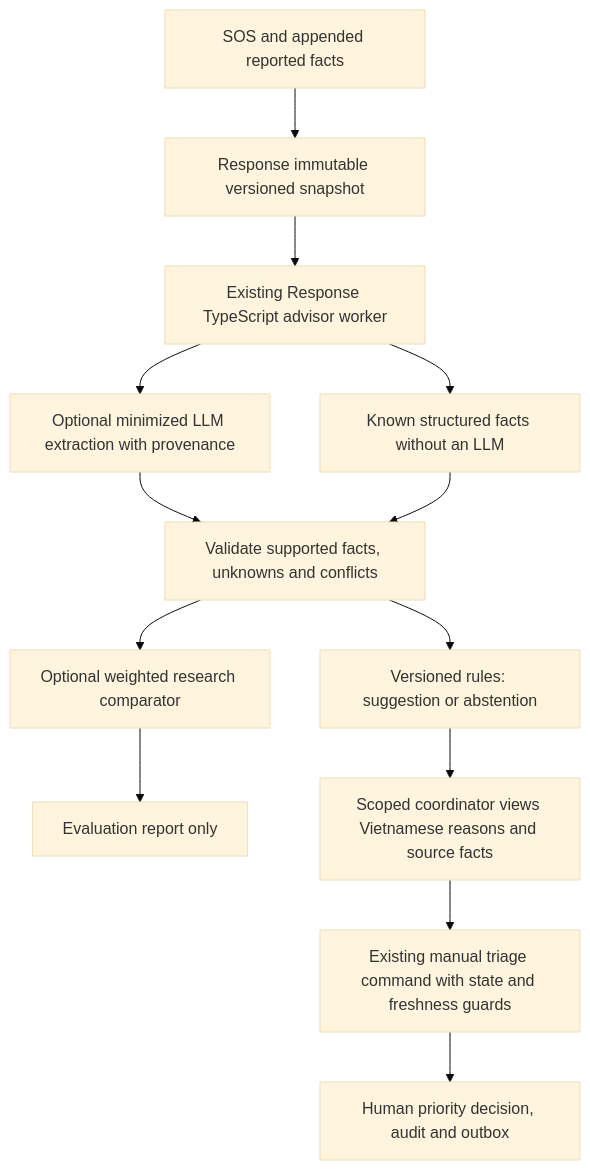
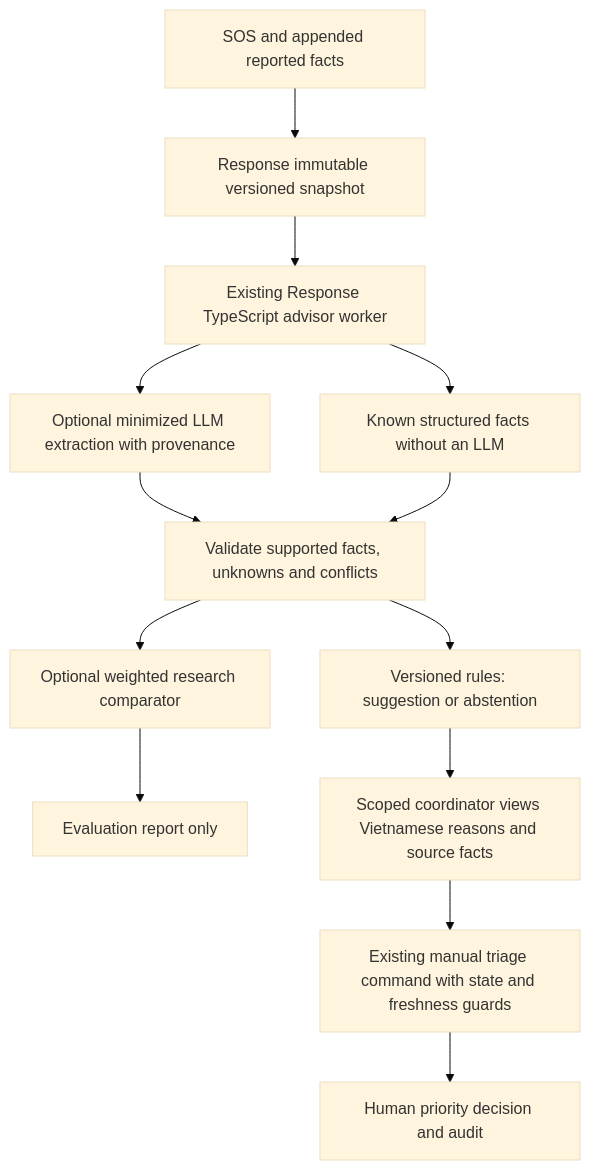
The sixth of 6 diagrams in docs/c48-technology-and-delivery-plan.md (sangvirgo/disaster-relief-management), drawn with Mermaid (base theme) before and after one commit. The commit also changed other lines of this file and 1 other file, not shown here.

````diff
--- a/docs/c48-technology-and-delivery-plan.md
+++ b/docs/c48-technology-and-delivery-plan.md
@@ -942,15 +932,15 @@
 ```mermaid
 flowchart TD
   Intake[SOS and appended reported facts] --> Snapshot[Response immutable versioned snapshot]
   Snapshot --> Worker[Existing Response TypeScript advisor worker]
   Worker --> Extract[Optional minimized LLM extraction with provenance]
   Extract --> Validate[Validate supported facts, unknowns and conflicts]
   Worker --> Structured[Known structured facts without an LLM]
   Structured --> Validate
   Validate --> Rules[Versioned rules: suggestion or abstention]
   Validate --> Comparator[Optional weighted research comparator]
   Comparator --> Experiment[Evaluation report only]
   Rules --> Review[Scoped coordinator views Vietnamese reasons and source facts]
   Review --> Command[Existing manual triage command with state and freshness guards]
-  Command --> Commit[Human priority decision, audit and outbox]
+  Command --> Commit[Human priority decision and audit]
 ```
````
